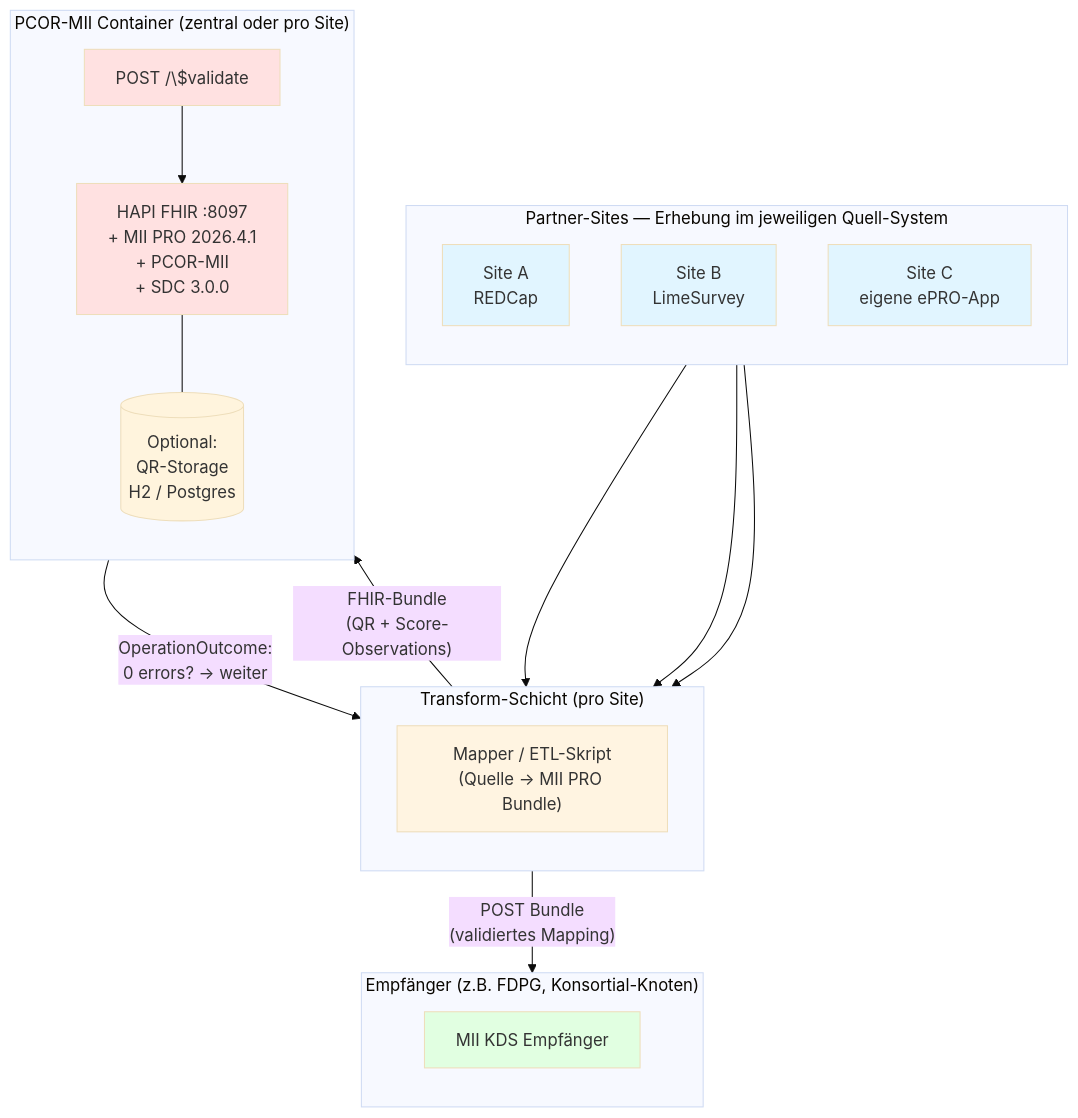
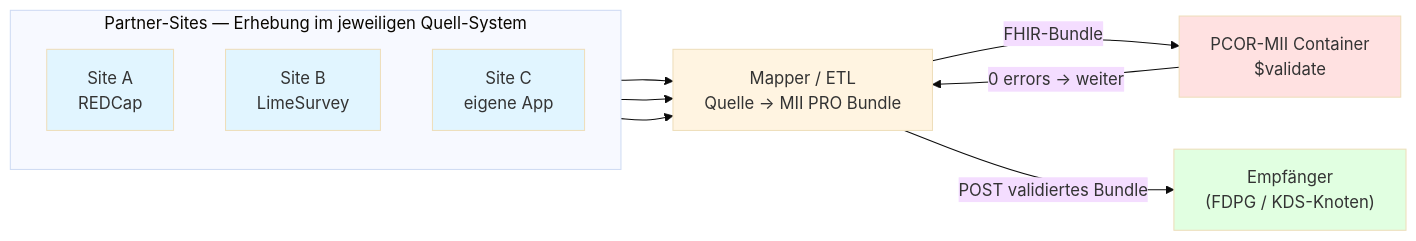
One commit to BIH-CEI/PCOR-MII changed the second of 2 diagrams in input/pagecontent/Bereitstellung.md. Above: the diagram before and after it, drawn with Mermaid (base theme). The commit also changed other lines of this file, not shown here.

First line of the commit message:
docs(bereitstellung): eingedampft, SUSHI raus aus Container-Stack-Diagramm

````diff
--- a/input/pagecontent/Bereitstellung.md
+++ b/input/pagecontent/Bereitstellung.md
@@ -228,44 +92,29 @@
 ```mermaid
-flowchart TB
+flowchart LR
     subgraph Sites ["Partner-Sites — Erhebung im jeweiligen Quell-System"]
         direction TB
         SiteA["Site A<br/>REDCap"]
         SiteB["Site B<br/>LimeSurvey"]
-        SiteC["Site C<br/>eigene ePRO-App"]
+        SiteC["Site C<br/>eigene App"]
     end
 
-    subgraph Transform ["Transform-Schicht (pro Site)"]
-        direction TB
-        Mapper["Mapper / ETL-Skript<br/>(Quelle → MII PRO Bundle)"]
-    end
+    Mapper["Mapper / ETL<br/>Quelle → MII PRO Bundle"]
 
-    subgraph Validate ["PCOR-MII Container (zentral oder pro Site)"]
-        direction TB
-        HAPI["HAPI FHIR :8097<br/>+ MII PRO 2026.4.1<br/>+ PCOR-MII<br/>+ SDC 3.0.0"]
-        Validator["POST /\$validate"]
-        Storage[("Optional:<br/>QR-Storage<br/>H2 / Postgres")]
-        Validator --> HAPI
-        HAPI --- Storage
-    end
+    Validator["PCOR-MII Container<br/>$validate"]
 
-    subgraph Receiver ["Empfänger (z.B. FDPG, Konsortial-Knoten)"]
-        direction TB
-        FDPG["MII KDS Empfänger"]
-    end
+    FDPG["Empfänger<br/>(FDPG / KDS-Knoten)"]
 
     SiteA --> Mapper
     SiteB --> Mapper
     SiteC --> Mapper
-
-    Mapper -->|"FHIR-Bundle<br/>(QR + Score-Observations)"| Validator
-    Validator -->|"OperationOutcome:<br/>0 errors? → weiter"| Mapper
-    Mapper -->|"POST Bundle<br/>(validiertes Mapping)"| FDPG
+    Mapper -->|"FHIR-Bundle"| Validator
+    Validator -->|"0 errors → weiter"| Mapper
+    Mapper -->|"POST validiertes Bundle"| FDPG
 
     style SiteA fill:#e1f5ff
     style SiteB fill:#e1f5ff
     style SiteC fill:#e1f5ff
     style Mapper fill:#fff4e1
-    style HAPI fill:#ffe1e1
     style Validator fill:#ffe1e1
     style FDPG fill:#e1ffe1
 ```
````
